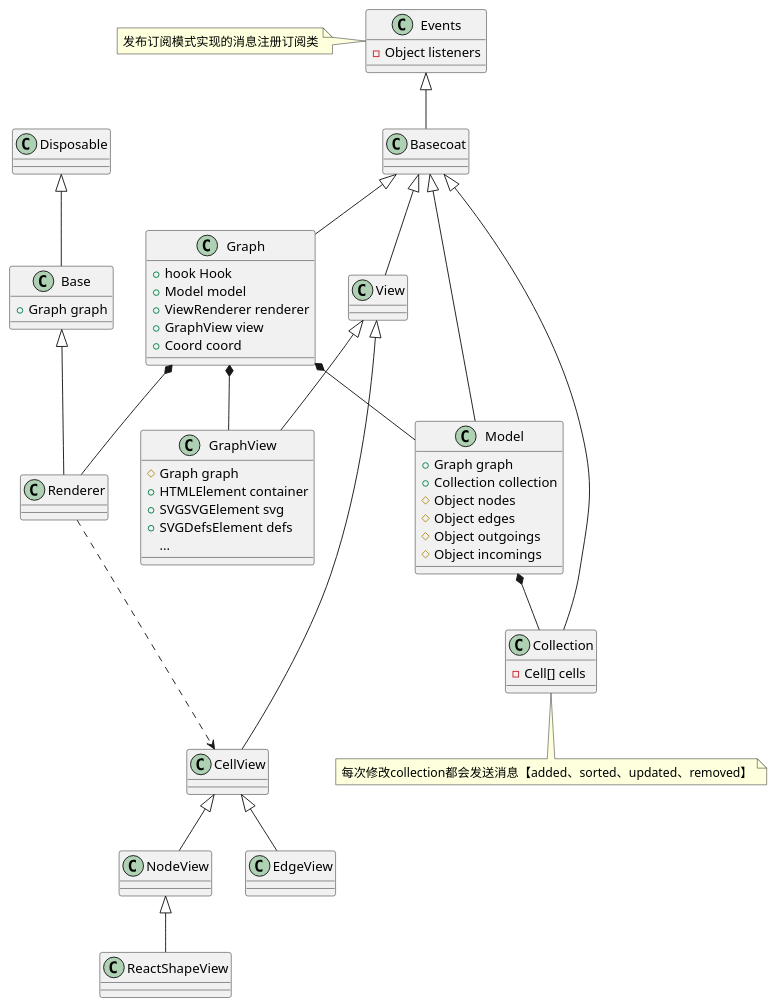
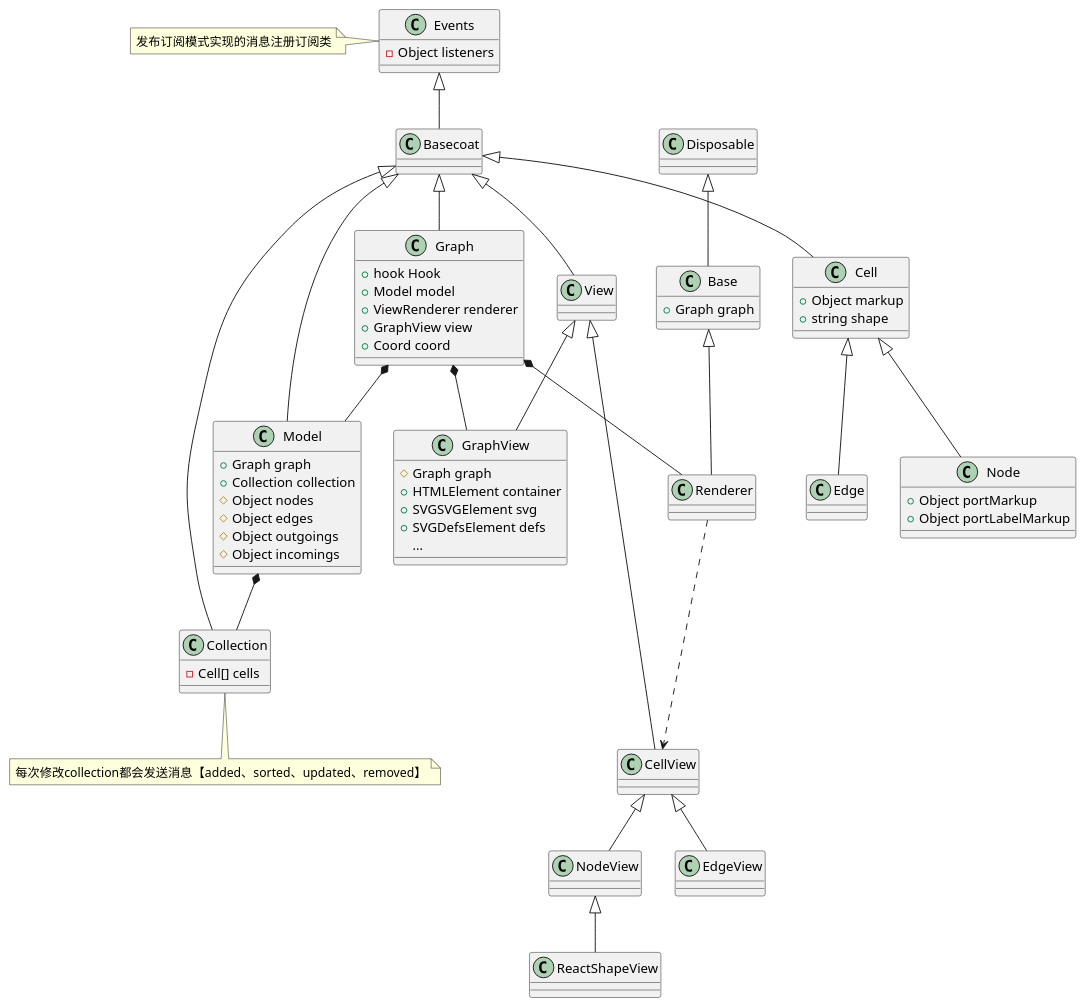
Before and after one commit to TigerWFH/webapp: the diagram in src/pages/x6/x6_flow.wsd, drawn with PlantUML. The commit also changed 1 other file, not shown here.

```diff
--- a/src/pages/x6/x6_flow.wsd
+++ b/src/pages/x6/x6_flow.wsd
@@ -1,66 +1,78 @@
 @startuml X6关键类
 class Events {
     - Object listeners
 }
 
 note left: 发布订阅模式实现的消息注册订阅类
 
 Events <|-- Basecoat
 class Basecoat {}
 
 Basecoat <|-- Collection
 class Collection {
     - Cell[] cells
 }
 
 note bottom: 每次修改collection都会发送消息【added、sorted、updated、removed】
 
 Basecoat <|-- Model
 Model *-- Collection
 class Model {
     + Graph graph
     + Collection collection
     # Object nodes
     # Object edges
     # Object outgoings
     # Object incomings
 }
 
 Disposable <|-- Base
 class Base {
     + Graph graph
 }
 Base <|-- Renderer
 
 Basecoat <|-- View
 View <|-- GraphView
 class GraphView {
     # Graph graph
     + HTMLElement container
     + SVGSVGElement svg
     + SVGDefsElement defs
     ...
 }
 View <|-- CellView
 class CellView {}
 CellView <|-- NodeView
 class NodeView {}
 CellView <|-- EdgeView
 class EdgeView {}
 NodeView <|-- ReactShapeView
 class ReactShapeView {}
 
 Renderer ...> CellView
 
 Basecoat <|-- Graph
 Graph *-- Model
 Graph *-- Renderer
 Graph *-- GraphView
 class Graph {
     + hook Hook
     + Model model
     + ViewRenderer renderer
     + GraphView view
     + Coord coord
 }
+
+Basecoat <|-- Cell
+class Cell {
+    + Object markup
+    + string shape
+}
+Cell <|-- Node
+class Node {
+    + Object portMarkup
+    + Object portLabelMarkup
+}
+Cell <|-- Edge
 @enduml
```
